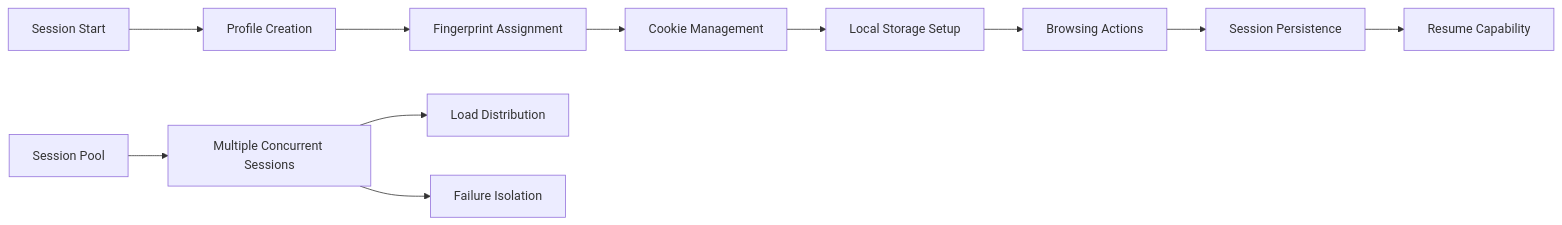
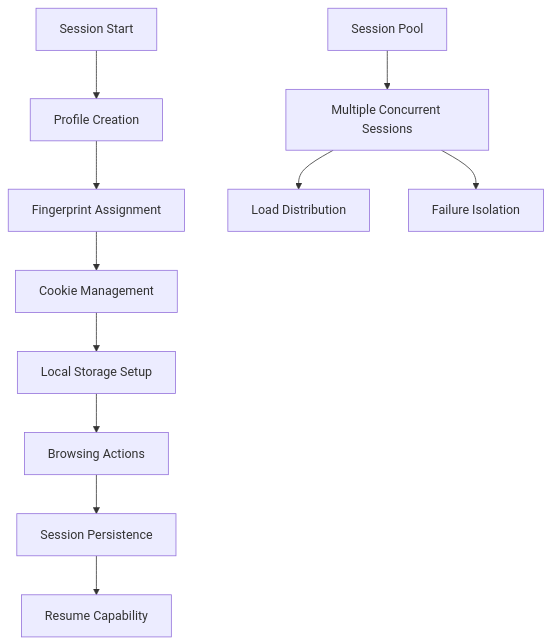
Before and after one commit to bytetunnels/bytetunnels.github.com: the second of 3 diagrams in _posts/2025-05-03-ulixee-hero-deep-dive-human-like-browser-automation.md, drawn with Mermaid. The commit also changed 25 other files, not shown here.

Commit message:
chore: fixed mermaid charts

````diff
--- a/_posts/2025-05-03-ulixee-hero-deep-dive-human-like-browser-automation.md
+++ b/_posts/2025-05-03-ulixee-hero-deep-dive-human-like-browser-automation.md
@@ -114,14 +114,16 @@
 ```mermaid
-graph LR
-    A[Session Start] --> B[Profile Creation]
+graph TD
+    A[Session Start]
+    A --> B[Profile Creation]
     B --> C[Fingerprint Assignment]
     C --> D[Cookie Management]
     D --> E[Local Storage Setup]
     E --> F[Browsing Actions]
     F --> G[Session Persistence]
     G --> H[Resume Capability]
-    
-    I[Session Pool] --> J[Multiple Concurrent Sessions]
+
+    I[Session Pool]
+    I --> J[Multiple Concurrent Sessions]
     J --> K[Load Distribution]
     J --> L[Failure Isolation]
 ```
````
